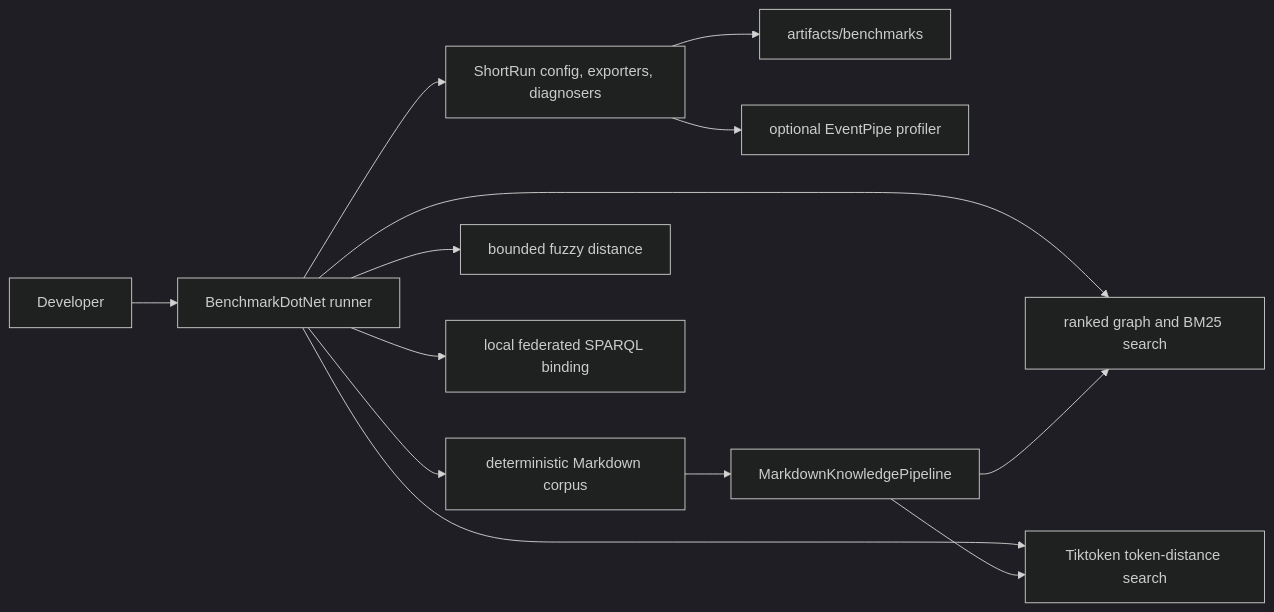
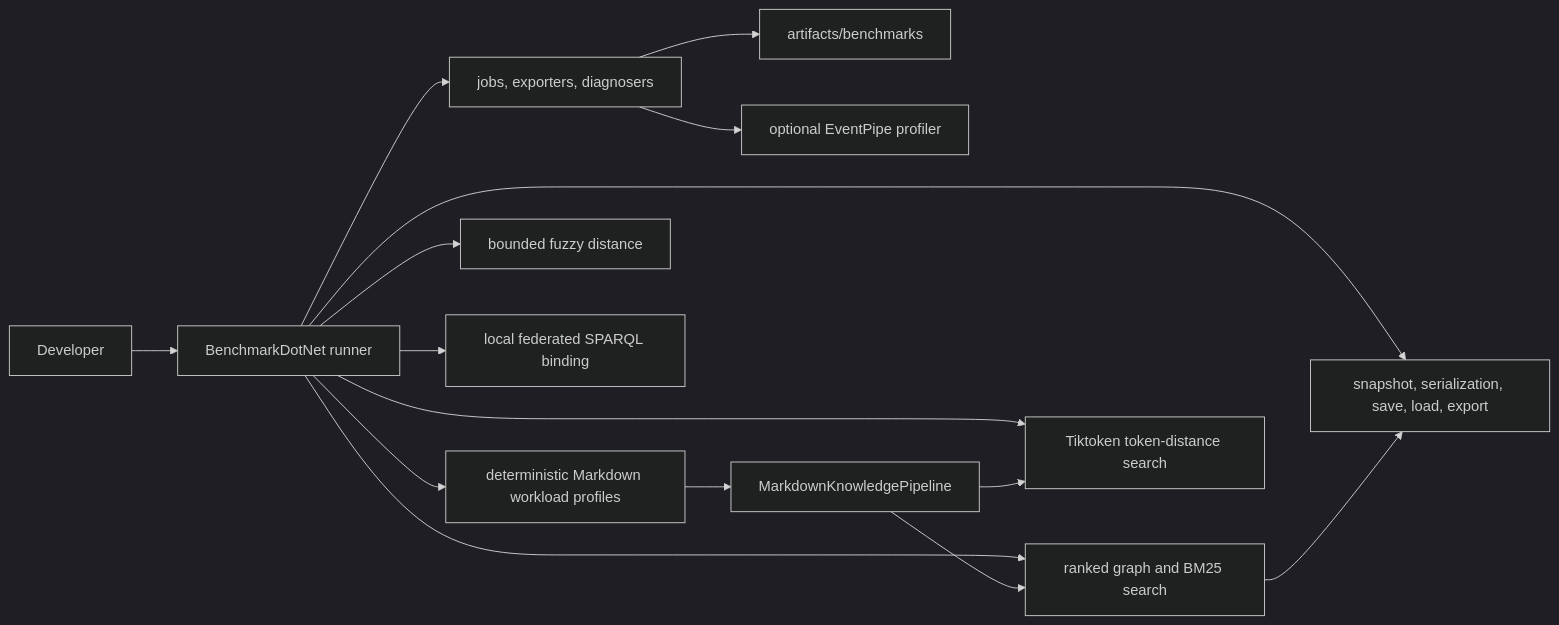
Before and after one commit to managedcode/markdown-ld-kb: the diagram in docs/Features/PerformanceBenchmarks.md, drawn with Mermaid (dark theme). The commit also changed other lines of this file and 18 other files, not shown here.

Commit message:
Refine benchmark workloads and graph search performance

````diff
--- a/docs/Features/PerformanceBenchmarks.md
+++ b/docs/Features/PerformanceBenchmarks.md
@@ -7,15 +7,17 @@
 ```mermaid
 flowchart LR
     Developer["Developer"] --> Runner["BenchmarkDotNet runner"]
-    Runner --> Config["ShortRun config, exporters, diagnosers"]
+    Runner --> Config["jobs, exporters, diagnosers"]
     Config --> Results["artifacts/benchmarks"]
     Config --> Profilers["optional EventPipe profiler"]
-    Runner --> Corpus["deterministic Markdown corpus"]
+    Runner --> Corpus["deterministic Markdown workload profiles"]
     Corpus --> Pipeline["MarkdownKnowledgePipeline"]
     Runner --> Fuzzy["bounded fuzzy distance"]
     Runner --> Graph["ranked graph and BM25 search"]
     Runner --> Tokens["Tiktoken token-distance search"]
     Runner --> Federation["local federated SPARQL binding"]
+    Runner --> Persistence["snapshot, serialization, save, load, export"]
     Pipeline --> Graph
     Pipeline --> Tokens
+    Graph --> Persistence
 ```
````
